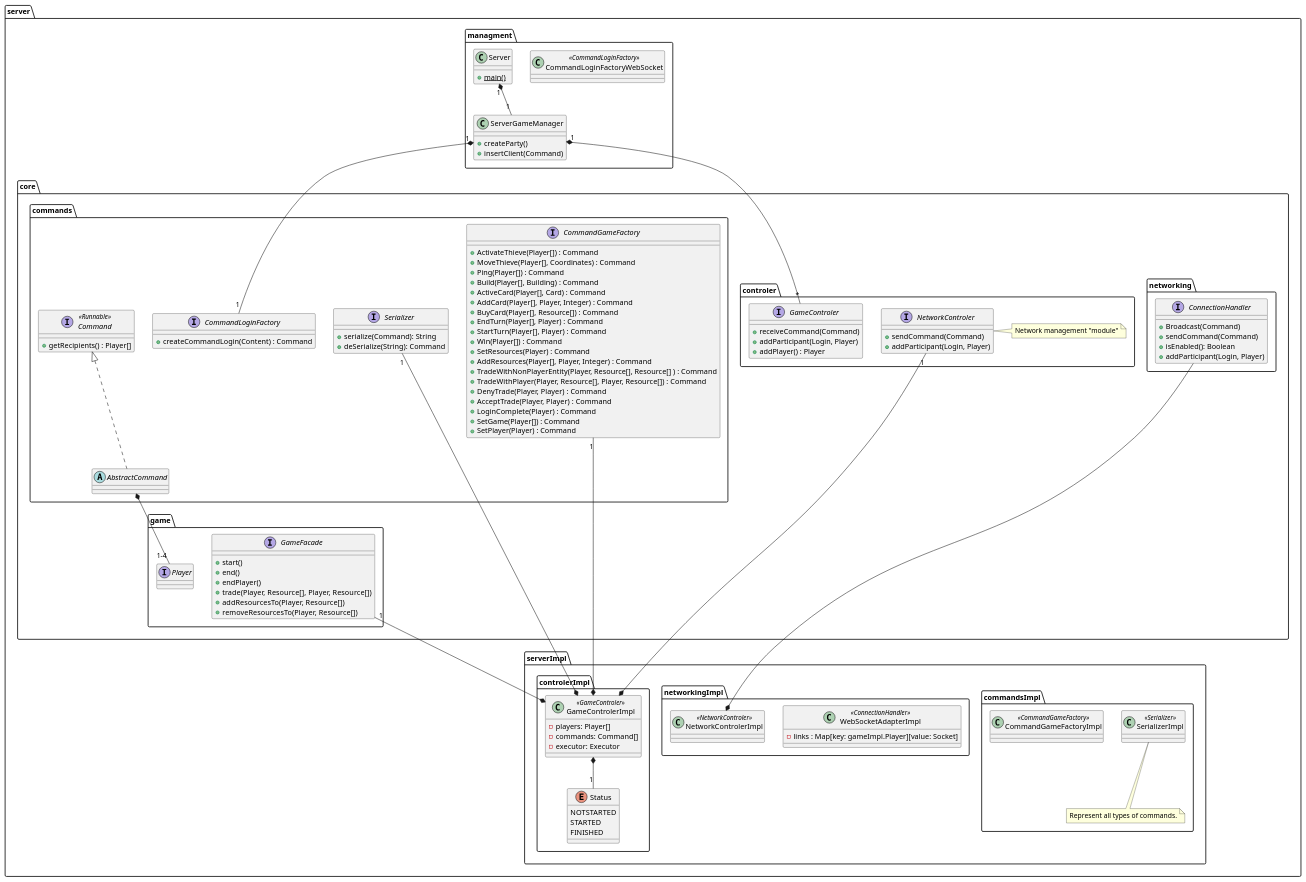
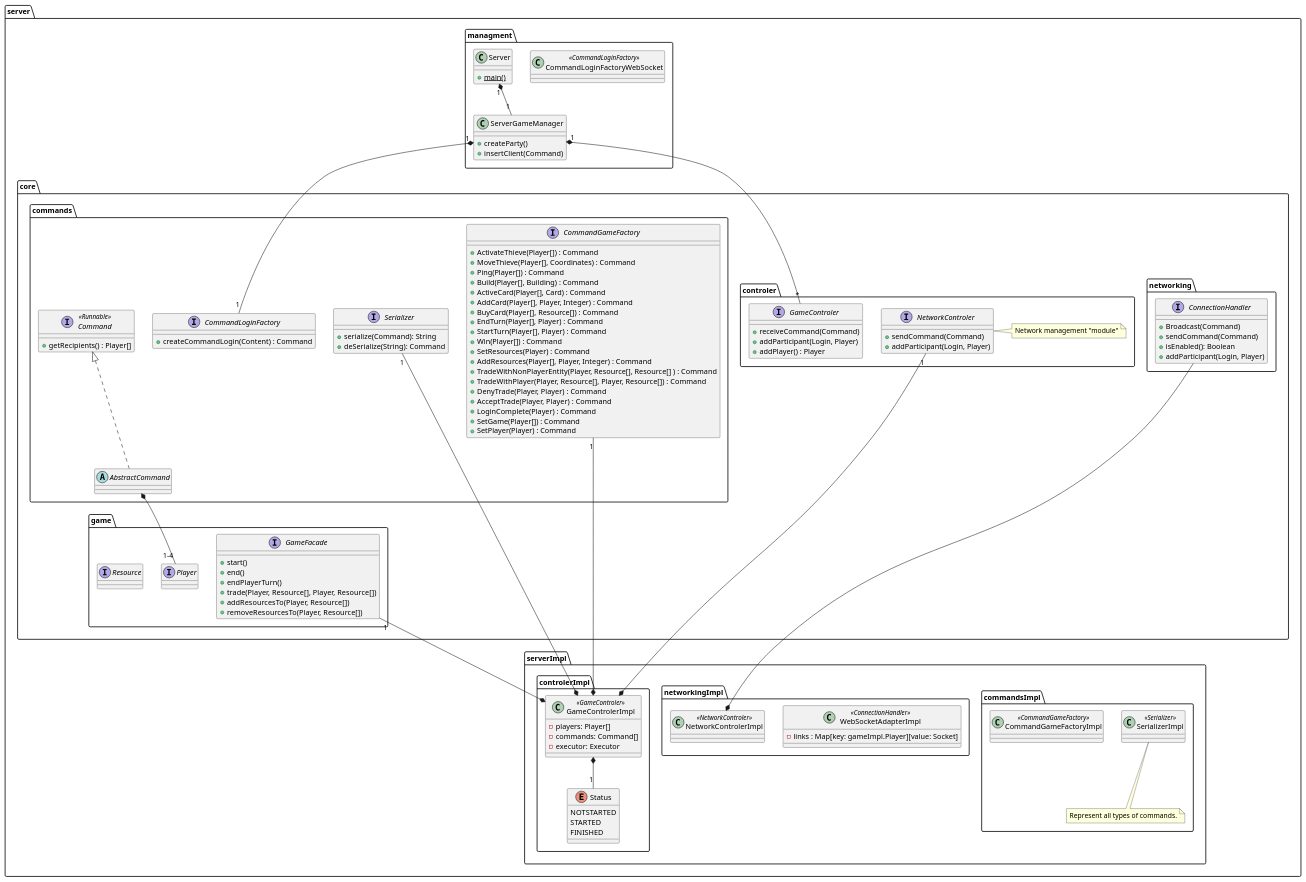
Before and after one commit to theray1/Les-Colons-De-Catane: the diagram in catan-doc/modules/conception/pages/classDiagramServer.plantuml, drawn with PlantUML. The commit also changed 1 other file, not shown here.

```diff
--- a/catan-doc/modules/conception/pages/classDiagramServer.plantuml
+++ b/catan-doc/modules/conception/pages/classDiagramServer.plantuml
@@ -1,139 +1,140 @@
 @startuml
 package server {
     package core {
         package game {
         	interface Player{}
+        	interface Resource{}
             interface GameFacade {
 	        	+start()
 	        	+end()
-	        	+endPlayer()
+	        	+endPlayerTurn()
 	        	+trade(Player, Resource[], Player, Resource[])
 	        	+addResourcesTo(Player, Resource[])
 	        	+removeResourcesTo(Player, Resource[])
             }
         }
         package commands {
         	interface CommandLoginFactory{
 	    		+createCommandLogin(Content) : Command
 	    	}
 	    	
             interface CommandGameFactory {
             	+ActivateThieve(Player[]) : Command
             	+MoveThieve(Player[], Coordinates) : Command
             	+Ping(Player[]) : Command
             	+Build(Player[], Building) : Command
             	+ActiveCard(Player[], Card) : Command
             	+AddCard(Player[], Player, Integer) : Command
             	+BuyCard(Player[], Resource[]) : Command
             	+EndTurn(Player[], Player) : Command
             	+StartTurn(Player[], Player) : Command
             	+Win(Player[]) : Command
             	+SetResources(Player) : Command
             	+AddResources(Player[], Player, Integer) : Command
             	+TradeWithNonPlayerEntity(Player, Resource[], Resource[] ) : Command
             	+TradeWithPlayer(Player, Resource[], Player, Resource[]) : Command
             	+DenyTrade(Player, Player) : Command
             	+AcceptTrade(Player, Player) : Command
             	+LoginComplete(Player) : Command
             	+SetGame(Player[]) : Command
             	+SetPlayer(Player) : Command
             }
             interface Command <<Runnable>>{
                 +getRecipients() : Player[]
             }
 
             interface Serializer {
                 +serialize(Command): String
                 +deSerialize(String): Command
             }
             
             abstract AbstractCommand implements Command{}
         }
 
         package networking {
             interface ConnectionHandler {
                 +Broadcast(Command)
                 +sendCommand(Command)
                 +isEnabled(): Boolean
                 +addParticipant(Login, Player)
             }
         }
 
         package controler {
             interface NetworkControler {
             	+sendCommand(Command)
             	+addParticipant(Login, Player)
             }
             note right: Network management "module"
 
             interface GameControler {
                 +receiveCommand(Command)
                 +addParticipant(Login, Player)
                 +addPlayer() : Player
             }
 
         }
 
     }
       
     package serverImpl {
         package commandsImpl {
             class SerializerImpl <<Serializer>>{}
             note bottom : Represent all types of commands.
             class CommandGameFactoryImpl <<CommandGameFactory>>{}
             AbstractCommand *-- "1-4"  Player
         }
 
         package networkingImpl {
             class WebSocketAdapterImpl <<ConnectionHandler>>{
                -links : Map[key: gameImpl.Player][value: Socket]
             }
             class NetworkControlerImpl <<NetworkControler>>{}
             
             NetworkControlerImpl *-up- ConnectionHandler
 		   
         }
         package controlerImpl {
         
 	        Enum Status{
     	   		NOTSTARTED
     	   		STARTED
     	   		FINISHED
 	        }
 
             class GameControlerImpl <<GameControler>>{
                 -players: Player[]
                 -commands: Command[]
 				-executor: Executor
             }
             GameControlerImpl *-up- "1" CommandGameFactory
             GameControlerImpl *-up- "1" NetworkControler
             GameControlerImpl *-up- "1" GameFacade
             GameControlerImpl *-up- "1" Serializer
             GameControlerImpl *-- "1" Status
             
         }
     }
  
     
     package managment{
     	
     		class CommandLoginFactoryWebSocket <<CommandLoginFactory>>{}
 		    
 		    class ServerGameManager{
 		    	+createParty()
 		    	+insertClient(Command)
 		    }
 			
 		    class Server {
 		        {static}+main()
 		    }
 		    
 		    ServerGameManager "1" *-right- "*" GameControler
 		    ServerGameManager "1" *-down- "1" CommandLoginFactory
 		    Server "1" *-down- "1" ServerGameManager
     
     }
 
 }
 @enduml
```
